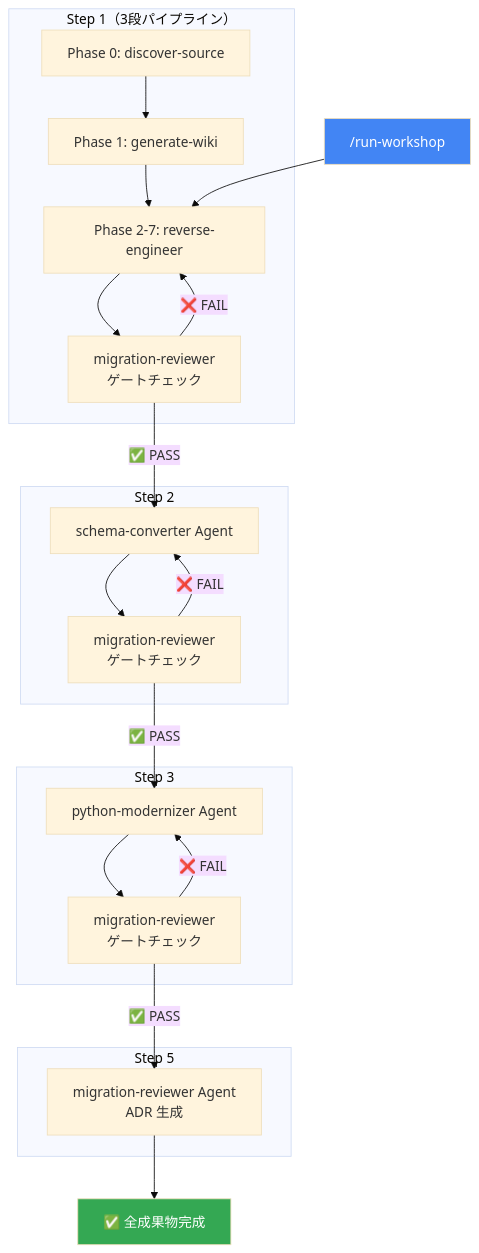
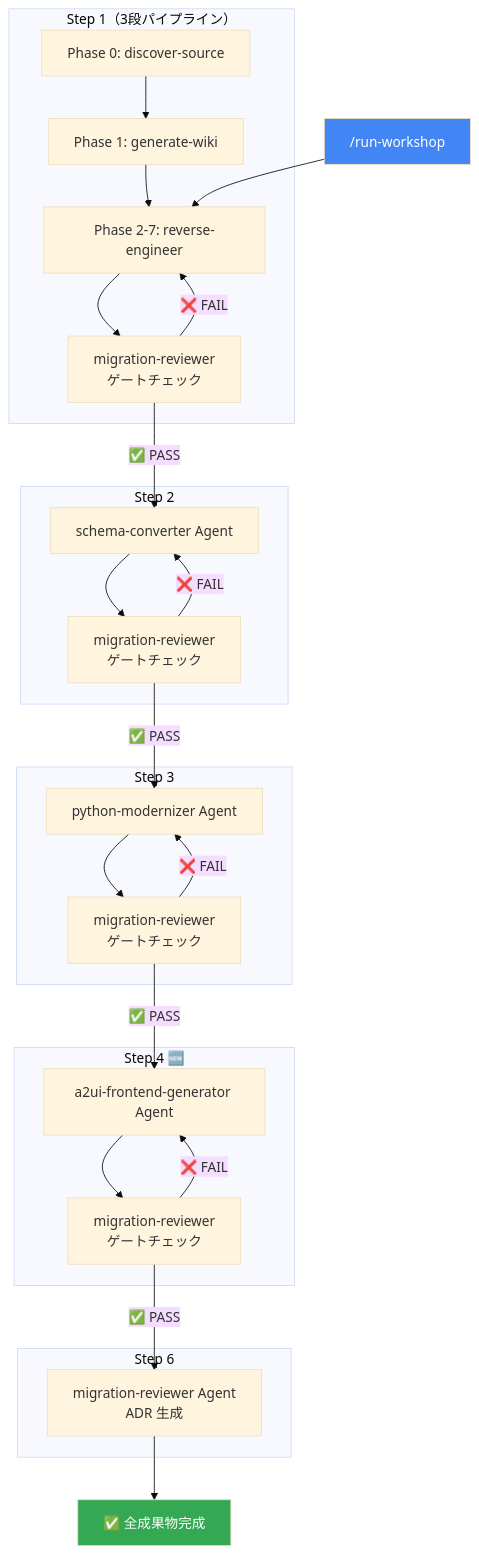
Before and after one commit to tyorikan/migration-with-ai: the eighth of 9 diagrams in workshop-real/README.md, drawn with Mermaid (base theme). The commit also changed other lines of this file and 17 other files, not shown here.

````diff
--- a/workshop-real/README.md
+++ b/workshop-real/README.md
@@ -419,40 +430,48 @@
 ```mermaid
 flowchart TD
     RW["/run-workshop"]
 
     subgraph "Step 1（3段パイプライン）"
         S1P0["Phase 0: discover-source"]
         S1P1["Phase 1: generate-wiki"]
         S1A["Phase 2-7: reverse-engineer"]
         S1R["migration-reviewer<br/>ゲートチェック"]
         S1P0 --> S1P1 --> S1A
     end
 
     subgraph "Step 2"
         S2A["schema-converter Agent"]
         S2R["migration-reviewer<br/>ゲートチェック"]
     end
 
     subgraph "Step 3"
         S3A["python-modernizer Agent"]
         S3R["migration-reviewer<br/>ゲートチェック"]
     end
 
-    subgraph "Step 5"
-        S5A["migration-reviewer Agent<br/>ADR 生成"]
+    subgraph "Step 4 🆕"
+        S4A["a2ui-frontend-generator Agent"]
+        S4R["migration-reviewer<br/>ゲートチェック"]
+    end
+
+    subgraph "Step 6"
+        S6A["migration-reviewer Agent<br/>ADR 生成"]
     end
 
     RW --> S1A --> S1R
     S1R -->|"✅ PASS"| S2A
     S1R -->|"❌ FAIL"| S1A
     S2A --> S2R
     S2R -->|"✅ PASS"| S3A
     S2R -->|"❌ FAIL"| S2A
     S3A --> S3R
-    S3R -->|"✅ PASS"| S5A
+    S3R -->|"✅ PASS"| S4A
     S3R -->|"❌ FAIL"| S3A
-    S5A --> DONE["✅ 全成果物完成"]
+    S4A --> S4R
+    S4R -->|"✅ PASS"| S6A
+    S4R -->|"❌ FAIL"| S4A
+    S6A --> DONE["✅ 全成果物完成"]
 
     style RW fill:#4285F4,color:#fff
     style DONE fill:#34A853,color:#fff
 ```
````
